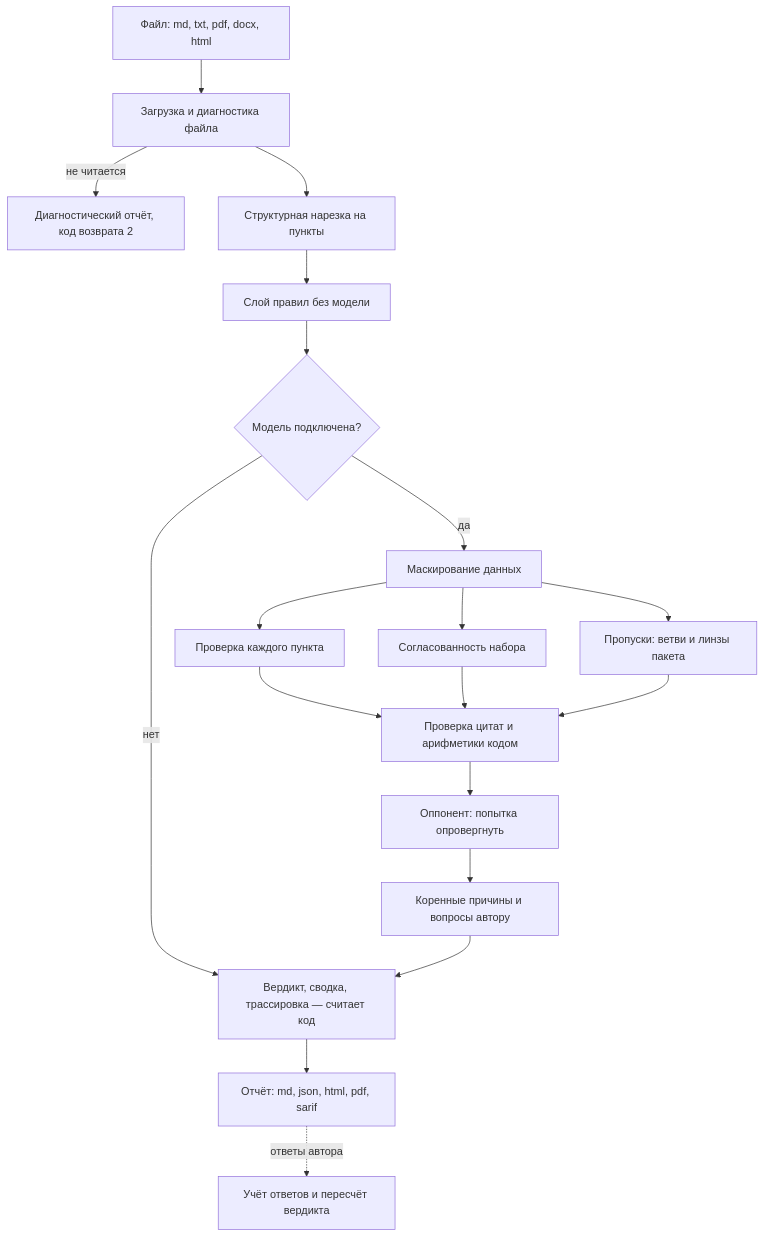
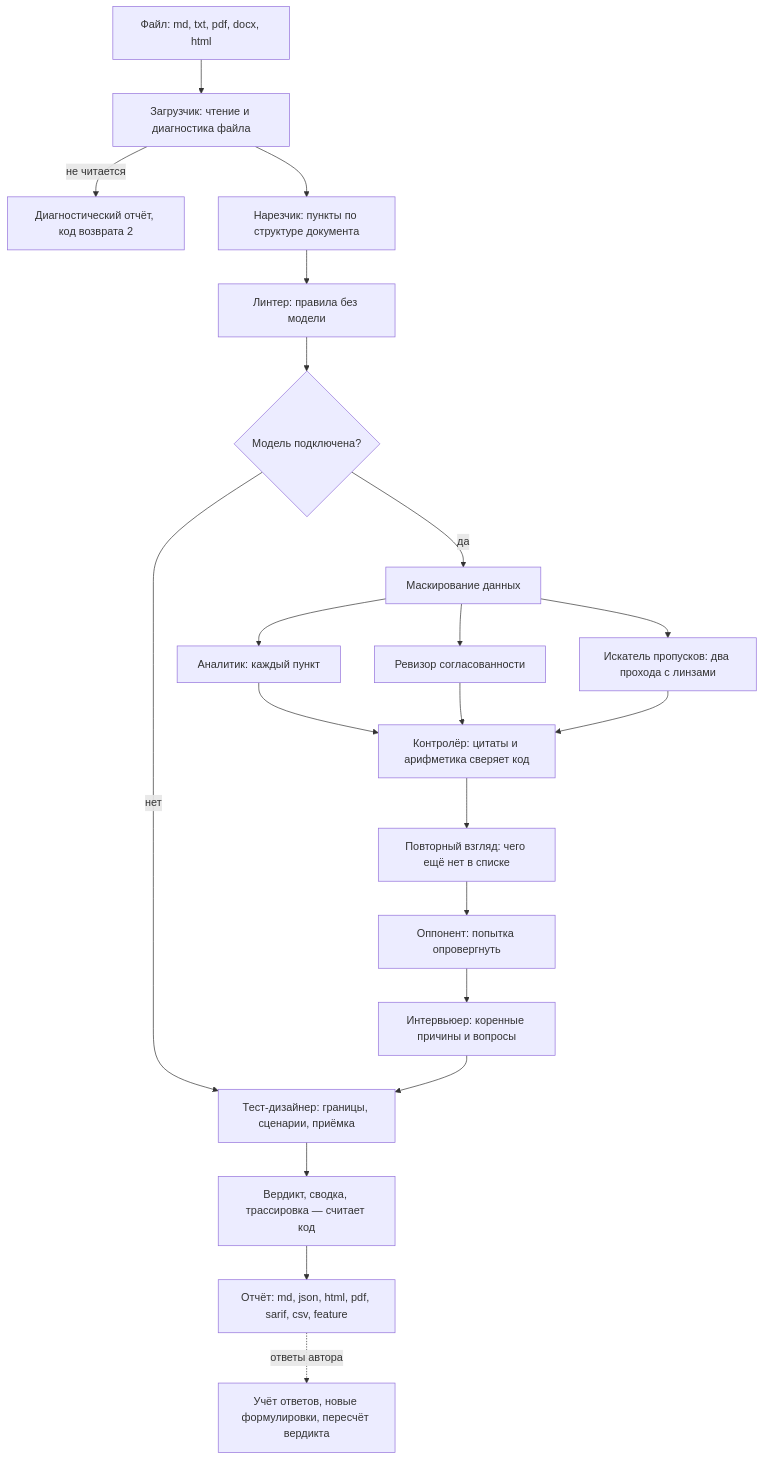
One commit to user1618phi/dalel changed the diagram in docs/ARCHITECTURE.md. Above: the diagram before and after it, drawn with Mermaid. The commit also changed other lines of this file and 19 other files, not shown here.

````diff
--- a/docs/ARCHITECTURE.md
+++ b/docs/ARCHITECTURE.md
@@ -7,21 +7,23 @@
 ```mermaid
 flowchart TD
-    A[Файл: md, txt, pdf, docx, html] --> B[Загрузка и диагностика файла]
+    A[Файл: md, txt, pdf, docx, html] --> B[Загрузчик: чтение и диагностика файла]
     B -->|не читается| R0[Диагностический отчёт, код возврата 2]
-    B --> C[Структурная нарезка на пункты]
-    C --> D[Слой правил без модели]
+    B --> C[Нарезчик: пункты по структуре документа]
+    C --> D[Линтер: правила без модели]
     D --> E{Модель подключена?}
-    E -->|нет| J
+    E -->|нет| T
     E -->|да| M[Маскирование данных]
-    M --> F1[Проверка каждого пункта]
-    M --> F2[Согласованность набора]
-    M --> F3[Пропуски: ветви и линзы пакета]
-    F1 --> G[Проверка цитат и арифметики кодом]
+    M --> F1[Аналитик: каждый пункт]
+    M --> F2[Ревизор согласованности]
+    M --> F3[Искатель пропусков: два прохода с линзами]
+    F1 --> G[Контролёр: цитаты и арифметика сверяет код]
     F2 --> G
     F3 --> G
-    G --> H[Оппонент: попытка опровергнуть]
-    H --> I[Коренные причины и вопросы автору]
-    I --> J[Вердикт, сводка, трассировка — считает код]
-    J --> K[Отчёт: md, json, html, pdf, sarif]
-    K -.ответы автора.-> L[Учёт ответов и пересчёт вердикта]
+    G --> S[Повторный взгляд: чего ещё нет в списке]
+    S --> H[Оппонент: попытка опровергнуть]
+    H --> I[Интервьюер: коренные причины и вопросы]
+    I --> T[Тест-дизайнер: границы, сценарии, приёмка]
+    T --> J[Вердикт, сводка, трассировка — считает код]
+    J --> K[Отчёт: md, json, html, pdf, sarif, csv, feature]
+    K -.ответы автора.-> L[Учёт ответов, новые формулировки, пересчёт вердикта]
 ```
````
